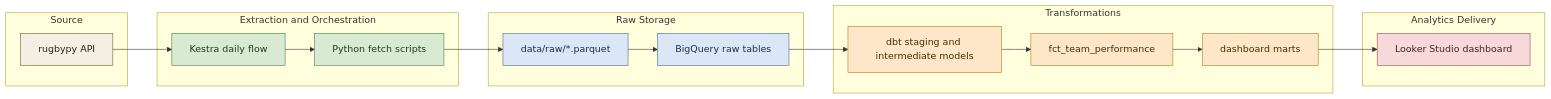
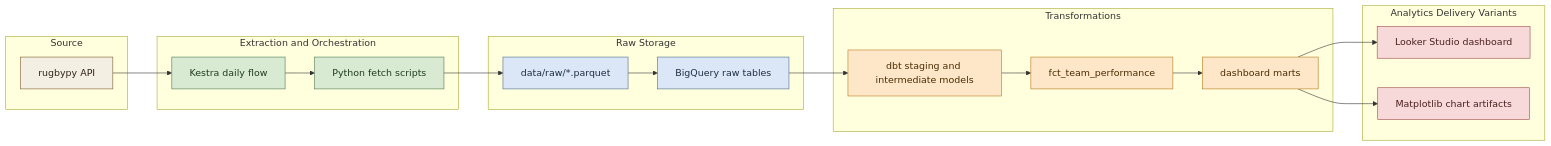
Before and after one commit to tomkeane07/rugby-data-pipeline: the diagram in README.md, drawn with Mermaid. The commit also changed other lines of this file and 26 other files, not shown here.

````diff
--- a/README.md
+++ b/README.md
@@ -24,40 +25,42 @@
 ```mermaid
 flowchart LR
   classDef source fill:#f3efe2,stroke:#7a5c2e,color:#2f2416,stroke-width:1px;
   classDef ingest fill:#d9ead3,stroke:#4f7a52,color:#1f3b21,stroke-width:1px;
   classDef raw fill:#dbe7f7,stroke:#4f6b8a,color:#1d2d44,stroke-width:1px;
   classDef transform fill:#fde7c8,stroke:#b7791f,color:#4a2b00,stroke-width:1px;
   classDef serve fill:#f7d9d9,stroke:#9b4d4d,color:#4a1f1f,stroke-width:1px;
 
   subgraph S1[Source]
     A[rugbypy API]
   end
 
   subgraph S2[Extraction and Orchestration]
     B[Kestra daily flow]
     C[Python fetch scripts]
   end
 
   subgraph S3[Raw Storage]
     D[data/raw/*.parquet]
     E[BigQuery raw tables]
   end
 
   subgraph S4[Transformations]
     F[dbt staging and intermediate models]
     G[fct_team_performance]
     H[dashboard marts]
   end
 
-  subgraph S5[Analytics Delivery]
+  subgraph S5[Analytics Delivery Variants]
     I[Looker Studio dashboard]
+    J[Matplotlib chart artifacts]
   end
 
   A --> B --> C --> D --> E --> F --> G --> H --> I
+  H --> J
 
   class A source;
   class B,C ingest;
   class D,E raw;
   class F,G,H transform;
-  class I serve;
+  class I,J serve;
 ```
````
